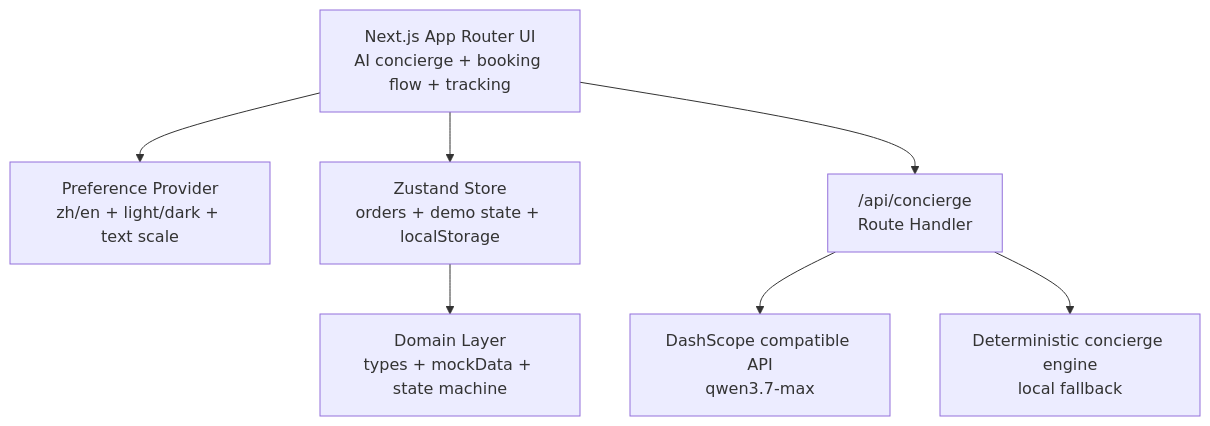
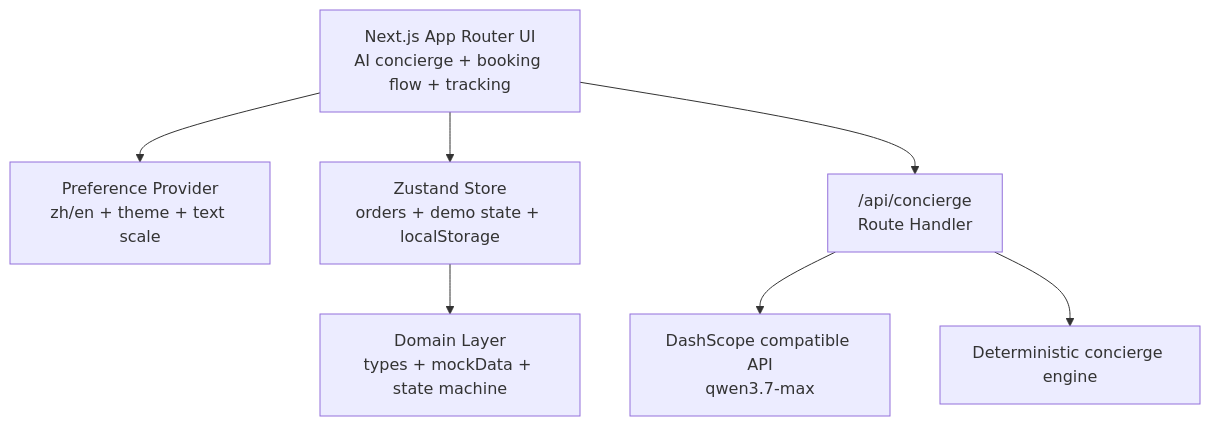
One commit to GPTAlgoPro/mystopover changed the sixth of 6 diagrams in README.md. Above: the diagram before and after it, drawn with Mermaid. The commit also changed other lines of this file and 2 other files, not shown here.

````diff
--- a/README.md
+++ b/README.md
@@ -125,17 +336,17 @@
 ```mermaid
 flowchart TB
   UI["Next.js App Router UI<br/>AI concierge + booking flow + tracking"]
-  Pref["Preference Provider<br/>zh/en + light/dark + text scale"]
+  Pref["Preference Provider<br/>zh/en + theme + text scale"]
   Store["Zustand Store<br/>orders + demo state + localStorage"]
   Domain["Domain Layer<br/>types + mockData + state machine"]
   API["/api/concierge<br/>Route Handler"]
   LLM["DashScope compatible API<br/>qwen3.7-max"]
-  Fallback["Deterministic concierge engine<br/>local fallback"]
+  Fallback["Deterministic concierge engine"]
 
   UI --> Pref
   UI --> Store
   Store --> Domain
   UI --> API
   API --> LLM
   API --> Fallback
 ```
````
